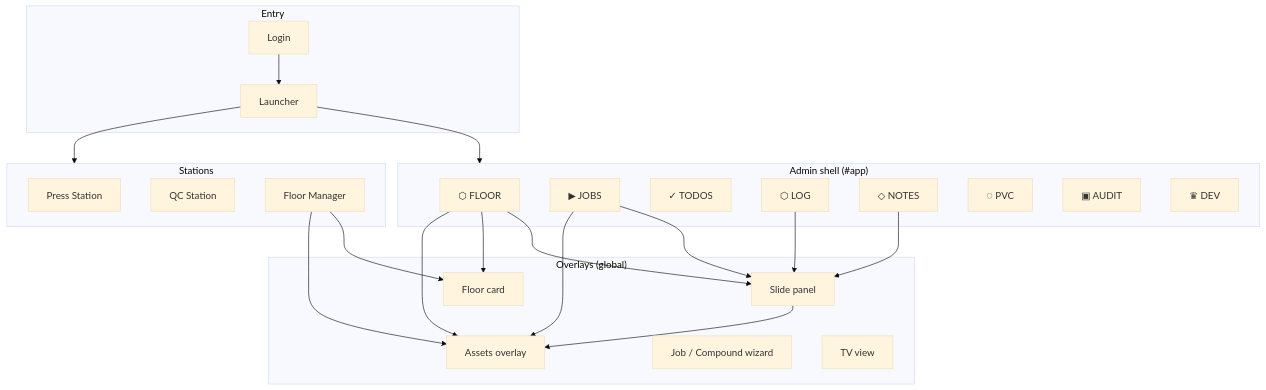
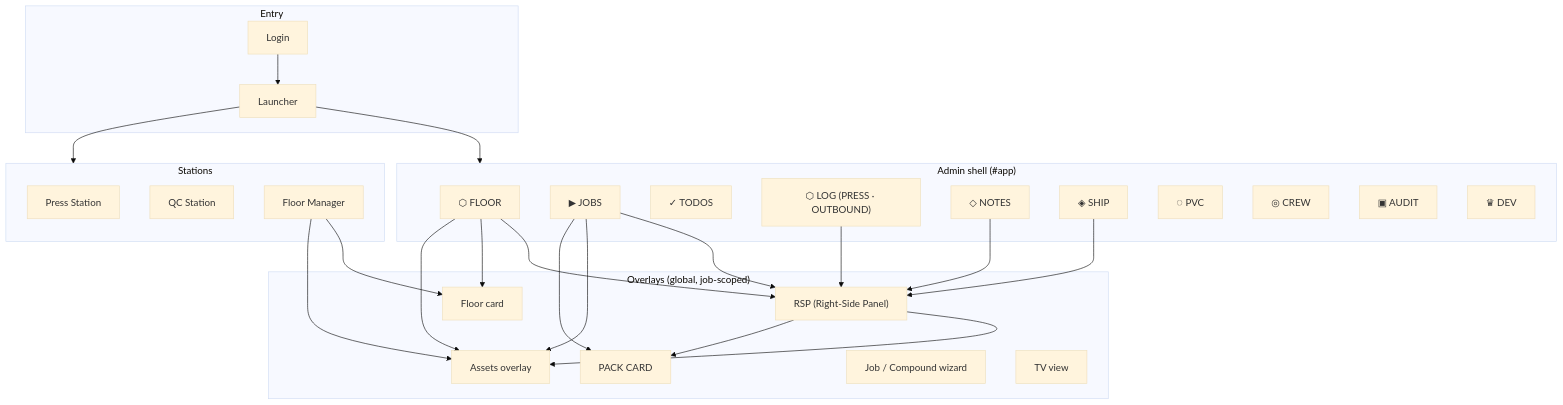
Before and after one commit to areyouonthebushq/pmp-ops-dashboard: the diagram in docs/informationarchitecturev3.md, drawn with Mermaid (base theme). The commit also changed other lines of this file and 1 other file, not shown here.

Commit message:
“LOG_20”

````diff
--- a/docs/informationarchitecturev3.md
+++ b/docs/informationarchitecturev3.md
@@ -47,43 +47,49 @@
 ```mermaid
 flowchart TB
   subgraph Entry
     L[Login]
     M[Launcher]
   end
   subgraph AdminShell["Admin shell (#app)"]
     F[⬡ FLOOR]
     J[▶ JOBS]
     T[✓ TODOS]
-    Lo[⬡ LOG]
+    Lo["⬡ LOG (PRESS · OUTBOUND)"]
     N[◇ NOTES]
+    Sh[◈ SHIP]
     P[◌ PVC]
+    Cr[◎ CREW]
     A[▣ AUDIT]
     D[♛ DEV]
   end
   subgraph Stations
     PS[Press Station]
     QS[QC Station]
     FM[Floor Manager]
   end
-  subgraph Overlays["Overlays (global)"]
-    Panel[Slide panel]
+  subgraph Overlays["Overlays (global, job-scoped)"]
+    Panel["RSP (Right-Side Panel)"]
     FC[Floor card]
     Assets[Assets overlay]
+    Pack[PACK CARD]
     Wizard[Job / Compound wizard]
     TV[TV view]
   end
 
   L --> M
   M --> AdminShell
   M --> Stations
   F --> Panel
   F --> FC
   F --> Assets
   J --> Panel
   J --> Assets
+  J --> Pack
   N --> Panel
   Lo --> Panel
+  Sh --> Panel
   Panel --> Assets
+  Panel --> Pack
   FM --> FC
   FM --> Assets
 ```
````
